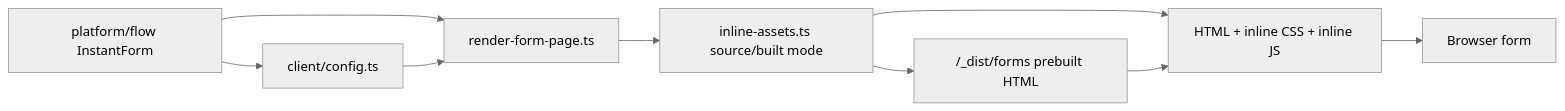
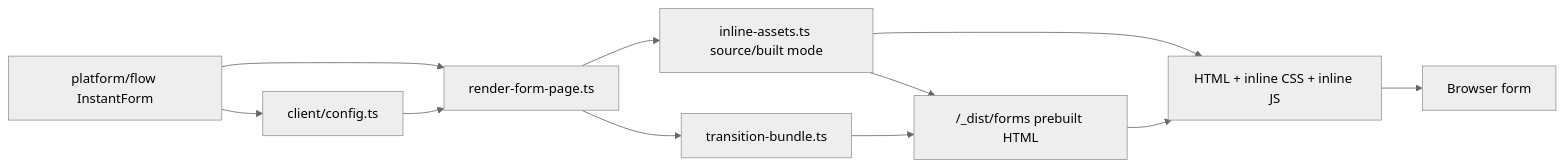
Before and after one commit to fassone/instant-forms: the diagram in src/platform/rendering/README.md, drawn with Mermaid (neutral theme). The commit also changed other lines of this file and 12 other files, not shown here.

````diff
--- a/src/platform/rendering/README.md
+++ b/src/platform/rendering/README.md
@@ -7,11 +7,13 @@
 ```mermaid
 flowchart LR
   Flow["platform/flow InstantForm"] --> Config["client/config.ts"]
   Flow --> Page["render-form-page.ts"]
   Config --> Page
   Page --> Assets["inline-assets.ts source/built mode"]
+  Page --> Bundle["transition-bundle.ts"]
   Assets --> Dist["/_dist/forms prebuilt HTML"]
+  Bundle --> Dist
   Assets --> HTML["HTML + inline CSS + inline JS"]
   Dist --> HTML
   HTML --> Browser["Browser form"]
 ```
````
